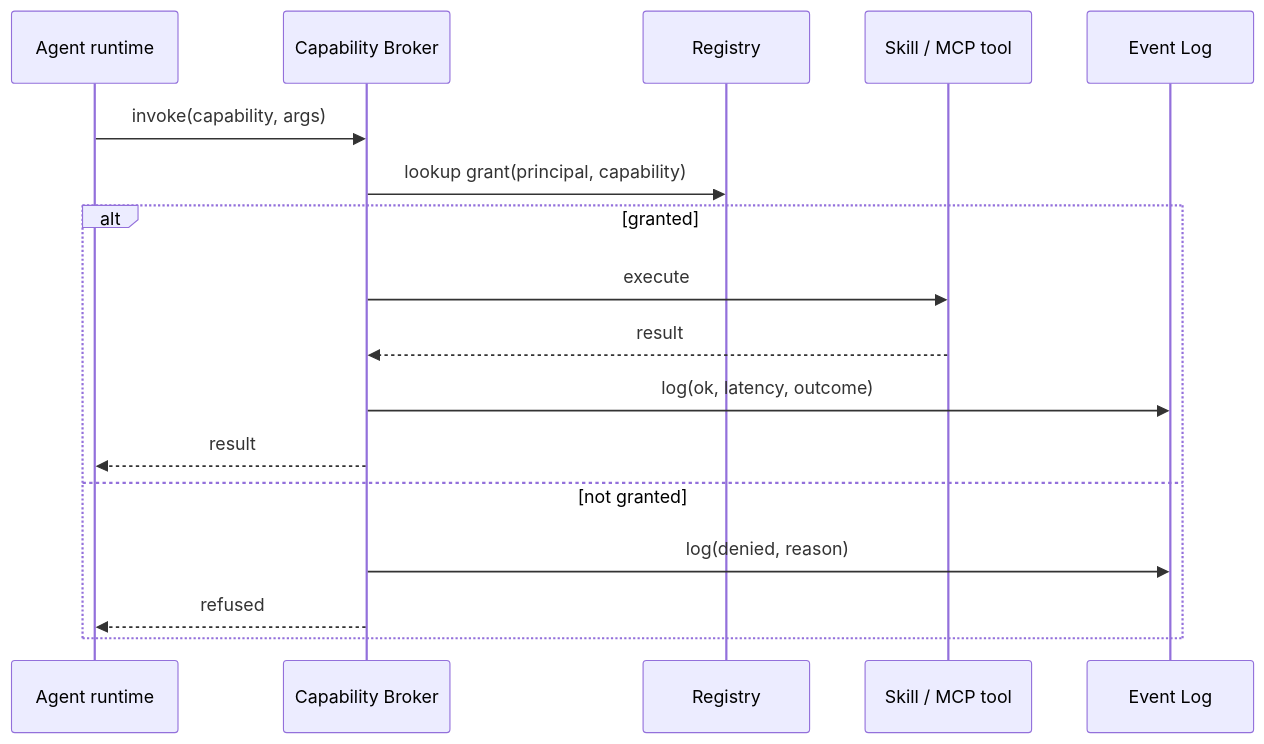
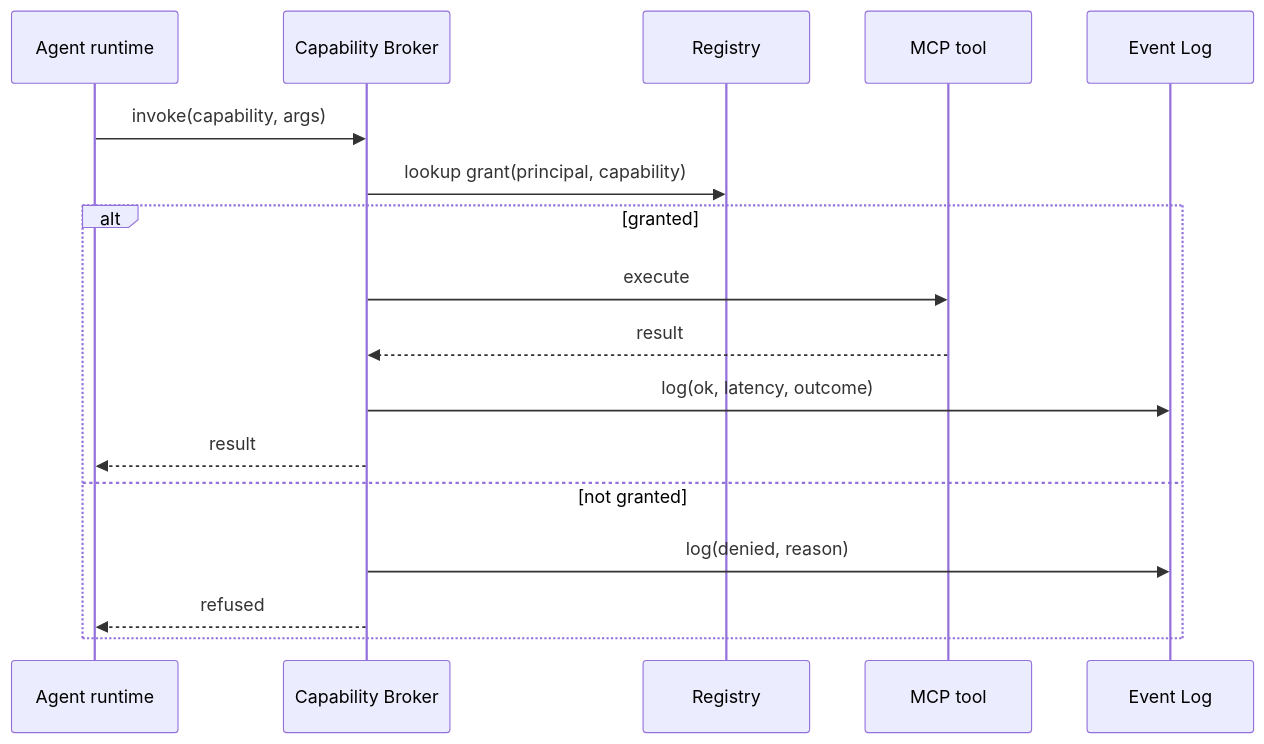
Before and after one commit to ejbrahms/Windrow: the second of 3 diagrams in docs/design/skill-mcp-governance.md, drawn with Mermaid. The commit also changed other lines of this file and 30 other files, not shown here.

````diff
--- a/docs/design/skill-mcp-governance.md
+++ b/docs/design/skill-mcp-governance.md
@@ -42,19 +72,19 @@
 ```mermaid
 sequenceDiagram
   participant A as Agent runtime
   participant B as Capability Broker
   participant R as Registry
-  participant T as Skill / MCP tool
+  participant T as MCP tool
   participant L as Event Log
   A->>B: invoke(capability, args)
   B->>R: lookup grant(principal, capability)
   alt granted
     B->>T: execute
     T-->>B: result
     B->>L: log(ok, latency, outcome)
     B-->>A: result
   else not granted
     B->>L: log(denied, reason)
     B-->>A: refused
   end
 ```
````
